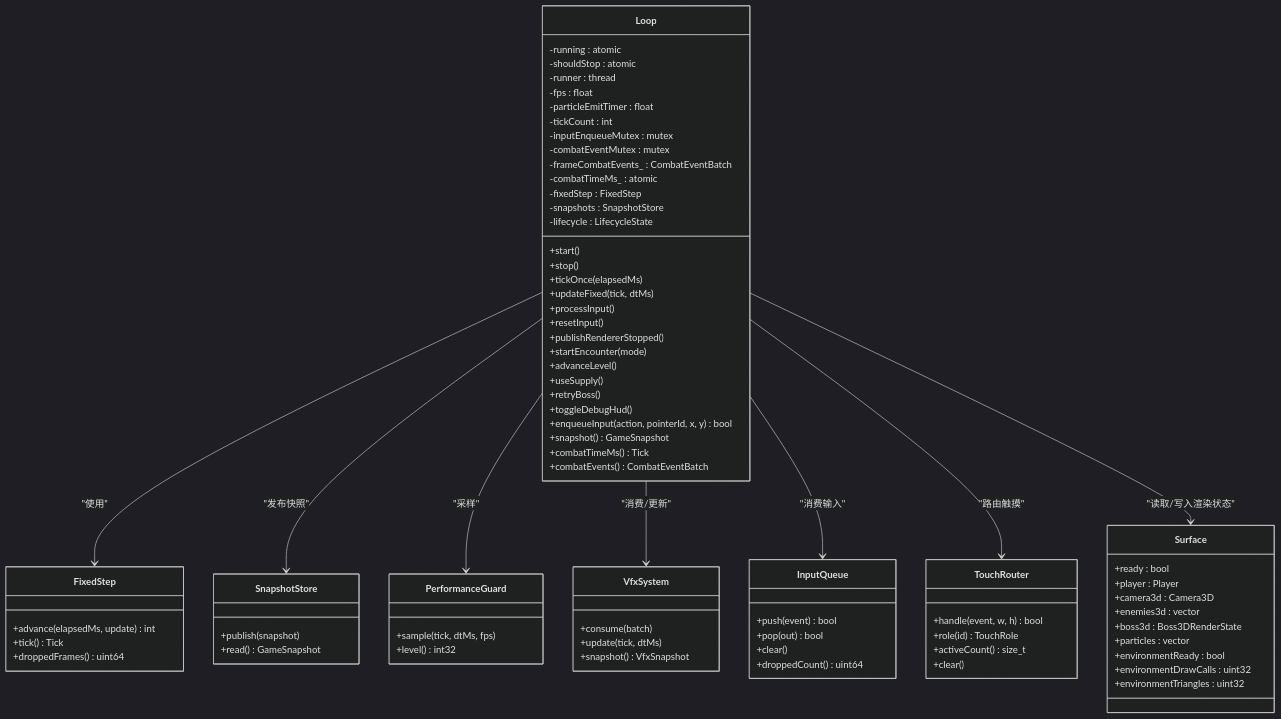
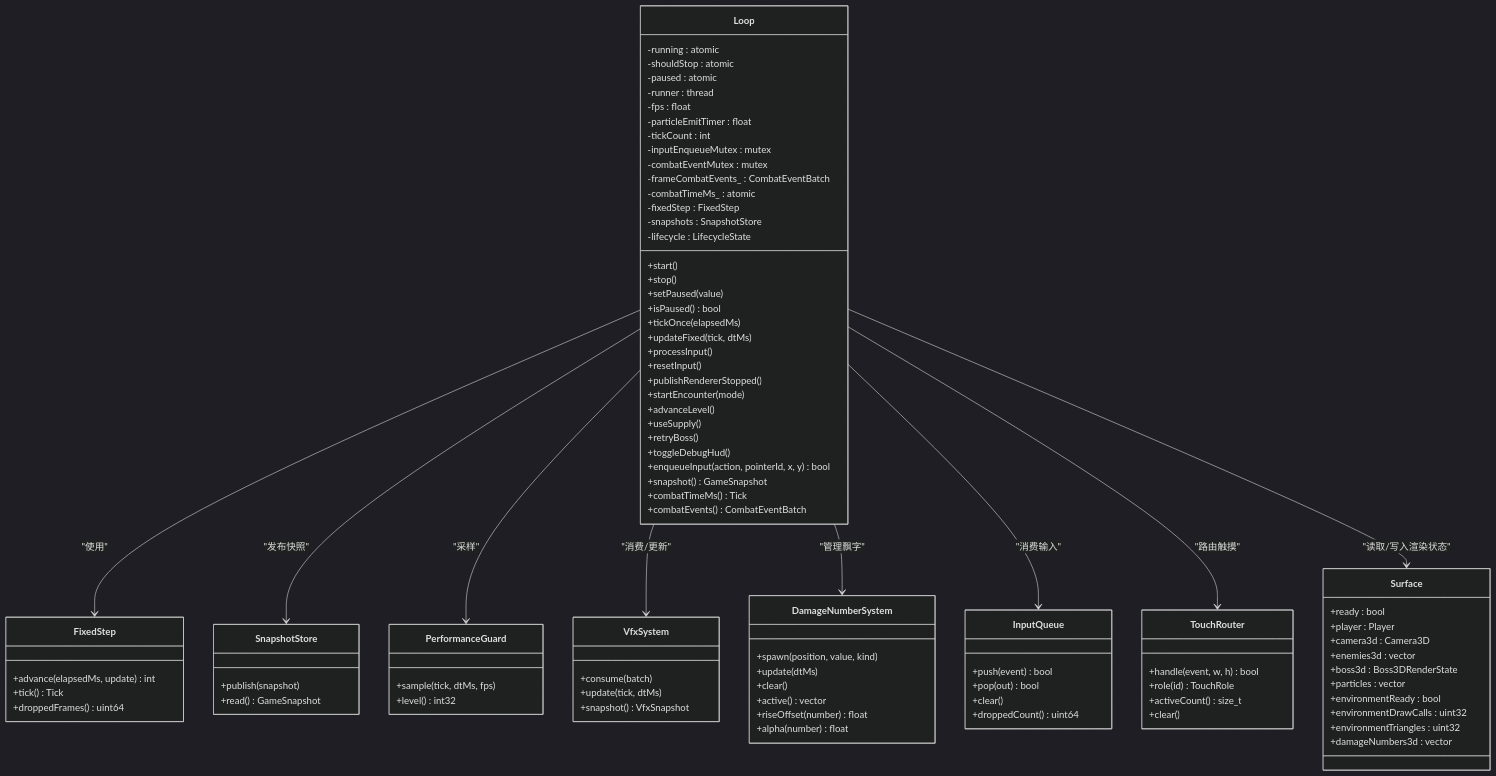
Before and after one commit to sj123sheng/my-world: the third of 7 diagrams in .qoder/repowiki/zh/content/架构设计/分层架构设计/引擎层设计/游戏循环系统.md, drawn with Mermaid (dark theme). The commit also changed other lines of this file and 161 other files, not shown here.

```diff
--- a/.qoder/repowiki/zh/content/架构设计/分层架构设计/引擎层设计/游戏循环系统.md
+++ b/.qoder/repowiki/zh/content/架构设计/分层架构设计/引擎层设计/游戏循环系统.md
@@ -175,6 +210,8 @@
 class Loop {
 +start()
 +stop()
++setPaused(value)
++isPaused() bool
 +tickOnce(elapsedMs)
 +updateFixed(tick, dtMs)
 +processInput()
@@ -191,6 +228,7 @@
 +combatEvents() CombatEventBatch
 -running : atomic<bool>
 -shouldStop : atomic<bool>
+-paused : atomic<bool>
 -runner : thread
 -fps : float
 -particleEmitTimer : float
@@ -207,6 +245,14 @@
 +advance(elapsedMs, update) int
 +tick() Tick
 +droppedFrames() uint64
+}
+class DamageNumberSystem {
++spawn(position, value, kind)
++update(dtMs)
++clear()
++active() vector
++riseOffset(number) float
++alpha(number) float
 }
 class SnapshotStore {
 +publish(snapshot)
@@ -243,11 +289,13 @@
 +environmentReady : bool
 +environmentDrawCalls : uint32
 +environmentTriangles : uint32
++damageNumbers3d : vector<DamageNumberRenderState>
 }
 Loop --> FixedStep : "使用"
 Loop --> SnapshotStore : "发布快照"
 Loop --> PerformanceGuard : "采样"
 Loop --> VfxSystem : "消费/更新"
+Loop --> DamageNumberSystem : "管理飘字"
 Loop --> InputQueue : "消费输入"
 Loop --> TouchRouter : "路由触摸"
 Loop --> Surface : "读取/写入渲染状态"
```
